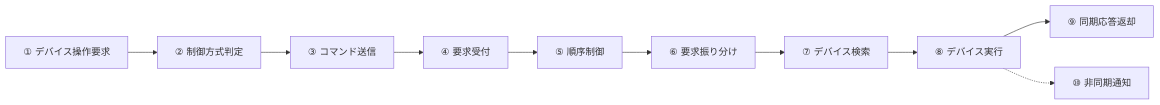
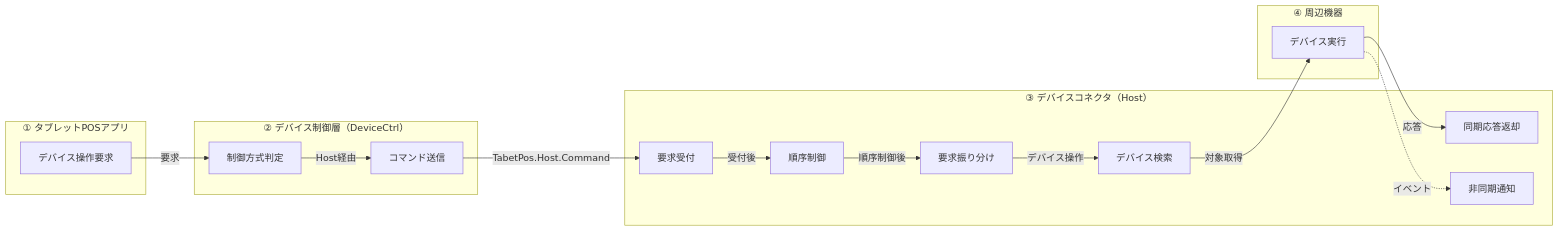
One commit to vti-sam/smj-ks-pos-stored changed the second of 3 diagrams in artifacts/reports/architecture/ARCH-HOST-01_タブレットPOS_デバイスコネクタ基本設計書/ARCH-HOST-01_タブレットPOS_デバイスコネクタ基本設計書.md. Above: the diagram before and after it, drawn with Mermaid. The commit also changed other lines of this file and 9 other files, not shown here.

````diff
--- a/artifacts/reports/architecture/ARCH-HOST-01_タブレットPOS_デバイスコネクタ基本設計書/ARCH-HOST-01_タブレットPOS_デバイスコネクタ基本設計書.md
+++ b/artifacts/reports/architecture/ARCH-HOST-01_タブレットPOS_デバイスコネクタ基本設計書/ARCH-HOST-01_タブレットPOS_デバイスコネクタ基本設計書.md
@@ -192,15 +217,30 @@
 ```mermaid
 flowchart LR
-    S1["① デバイス操作要求"]
-    S2["② 制御方式判定"]
-    S3["③ コマンド送信"]
-    S4["④ 要求受付"]
-    S5["⑤ 順序制御"]
-    S6["⑥ 要求振り分け"]
-    S7["⑦ デバイス検索"]
-    S8["⑧ デバイス実行"]
-    S9["⑨ 同期応答返却"]
-    S10["⑩ 非同期通知"]
-    S1 --> S2 --> S3 --> S4 --> S5 --> S6 --> S7 --> S8 --> S9
-    S8 -.-> S10
+    subgraph APP["① タブレットPOSアプリ"]
+        S1["デバイス操作要求"]
+    end
+    subgraph CTRL["② デバイス制御層（DeviceCtrl）"]
+        S2["制御方式判定"]
+        S3["コマンド送信"]
+    end
+    subgraph HOST["③ デバイスコネクタ（Host）"]
+        S4["要求受付"]
+        S5["順序制御"]
+        S6["要求振り分け"]
+        S7["デバイス検索"]
+        S9["同期応答返却"]
+        S10["非同期通知"]
+    end
+    subgraph DEVICE["④ 周辺機器"]
+        S8["デバイス実行"]
+    end
+    S1 -->|要求| S2
+    S2 -->|Host経由| S3
+    S3 -->|TabetPos.Host.Command| S4
+    S4 -->|受付後| S5
+    S5 -->|順序制御後| S6
+    S6 -->|デバイス操作| S7
+    S7 -->|対象取得| S8
+    S8 -->|応答| S9
+    S8 -.->|イベント| S10
 ```
````
